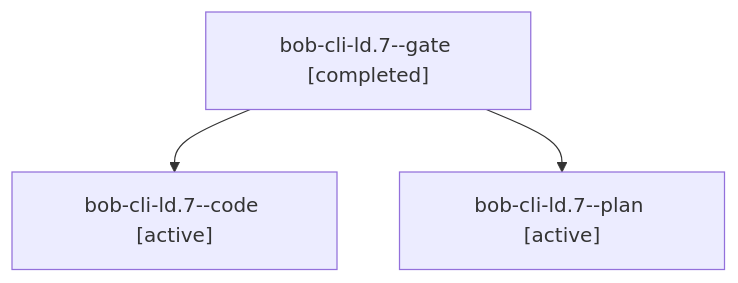
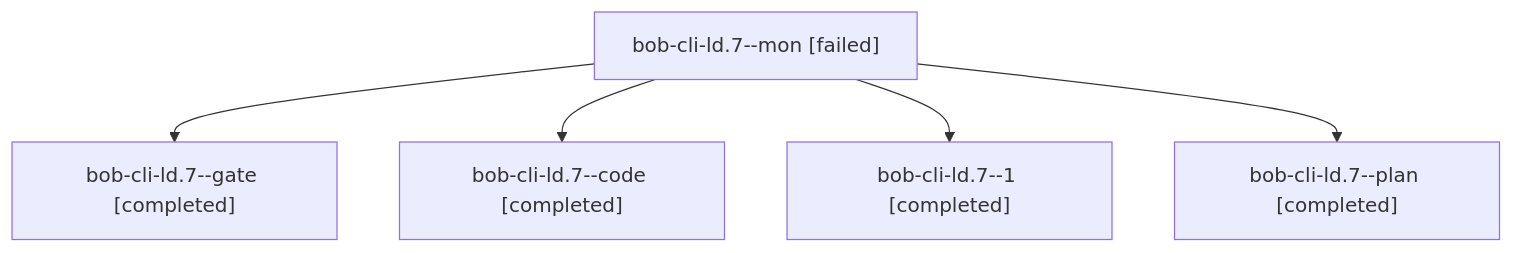
The diagram in sessions/bbugyi200.athena.bob-cli-ld.7.md (bobs-org/bob-cli--agents), drawn with Mermaid before and after one commit. The commit also changed other lines of this file and 44 other files, not shown here.

````diff
--- a/sessions/bbugyi200.athena.bob-cli-ld.7.md
+++ b/sessions/bbugyi200.athena.bob-cli-ld.7.md
@@ -9,8 +9,12 @@
 ```mermaid
 flowchart TD
-  n0["bob-cli-ld.7--gate [completed]"]
-  n1["bob-cli-ld.7--code [active]"]
+  n0["bob-cli-ld.7--mon [failed]"]
+  n1["bob-cli-ld.7--gate [completed]"]
   n0 --> n1
-  n2["bob-cli-ld.7--plan [active]"]
+  n2["bob-cli-ld.7--code [completed]"]
   n0 --> n2
+  n3["bob-cli-ld.7--1 [completed]"]
+  n0 --> n3
+  n4["bob-cli-ld.7--plan [completed]"]
+  n0 --> n4
 ```
````
